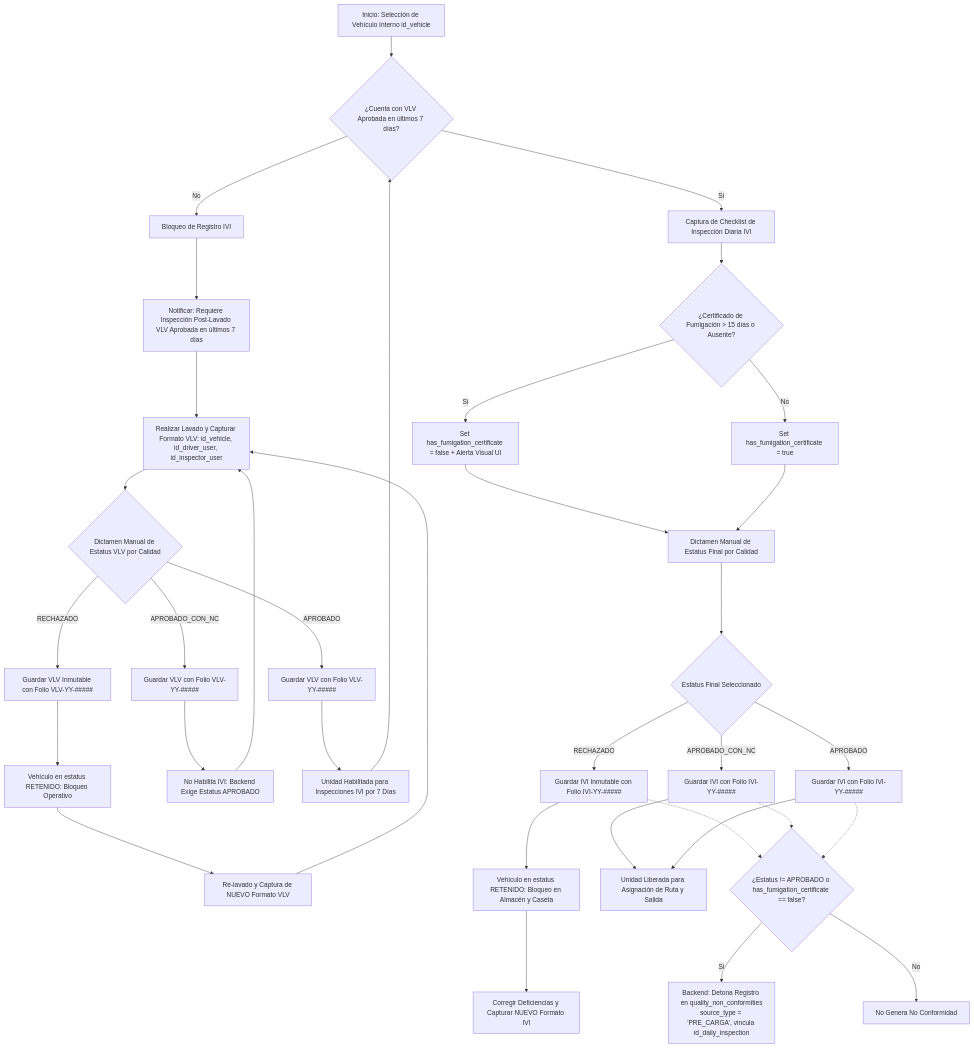
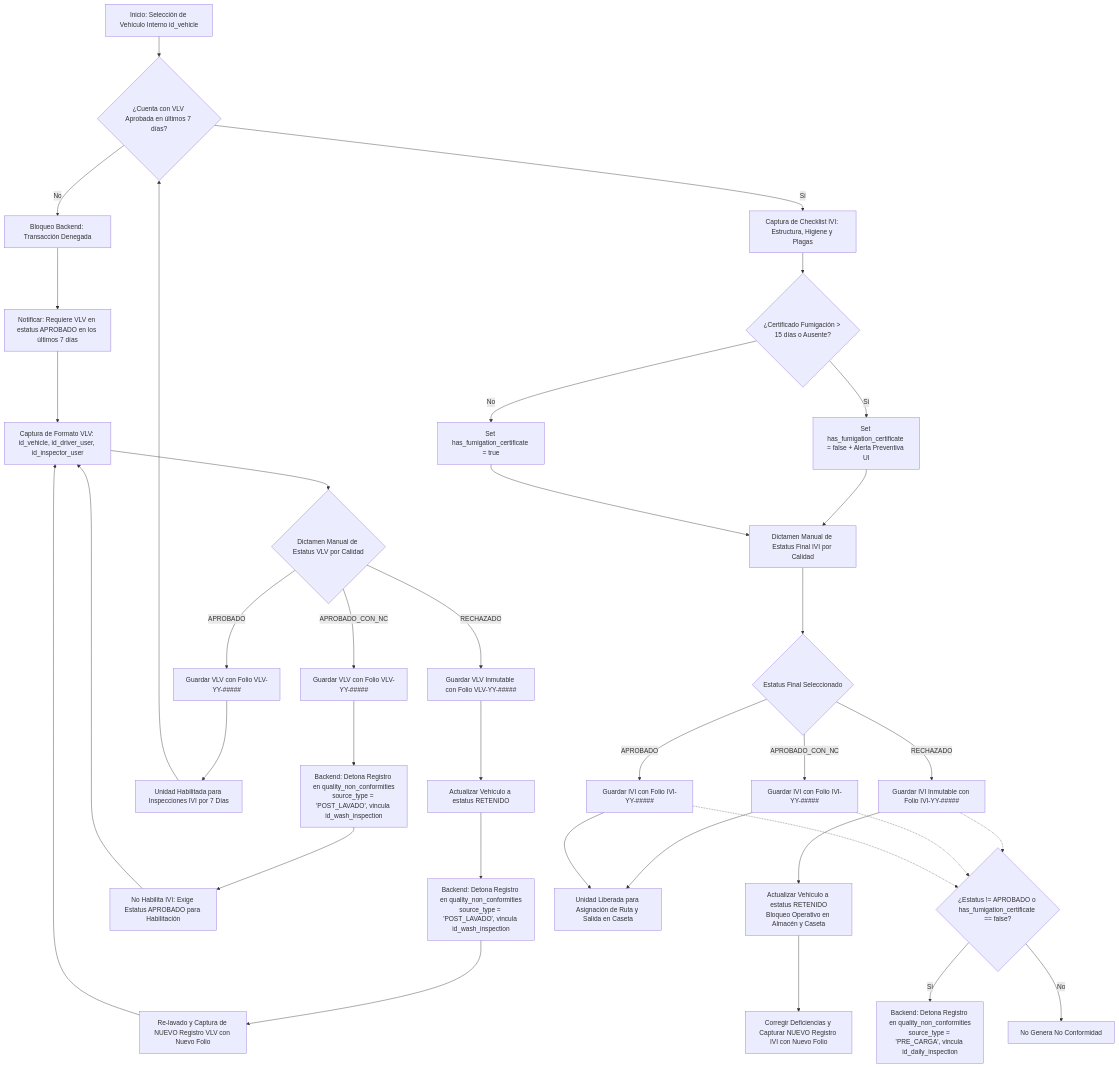
Before and after one commit to Automatizacion-KPC/KoonolApp: the first of 2 diagrams in docs/modules/vehicle_inspection.md, drawn with Mermaid. The commit also changed other lines of this file, not shown here.

Commit message:
docs(vhi/docs): corregir BR-VHI-01, BR-VHI-02, US-VHI-01, US-VHI-02 y diagramas de flujo para estar más acorde con módulo qnc [chore]

````diff
--- a/docs/modules/vehicle_inspection.md
+++ b/docs/modules/vehicle_inspection.md
@@ -108,51 +110,53 @@
 ```mermaid
 graph TD
     A[Inicio: Selección de Vehículo Interno id_vehicle] --> B{¿Cuenta con VLV Aprobada en últimos 7 días?}
 
-    B -- No --> C[Bloqueo de Registro IVI]
-    C --> D[Notificar: Requiere Inspección Post-Lavado VLV Aprobada en últimos 7 días]
-    D --> E[Realizar Lavado y Capturar Formato VLV: id_vehicle, id_driver_user, id_inspector_user]
+    B -- No --> C[Bloqueo Backend: Transacción Denegada]
+    C --> D[Notificar: Requiere VLV en estatus APROBADO en los últimos 7 días]
+    D --> E[Captura de Formato VLV: id_vehicle, id_driver_user, id_inspector_user]
     E --> F{Dictamen Manual de Estatus VLV por Calidad}
 
     F -- RECHAZADO --> G1[Guardar VLV Inmutable con Folio VLV-YY-#####]
-    G1 --> H1[Vehículo en estatus RETENIDO: Bloqueo Operativo]
-    H1 --> I1[Re-lavado y Captura de NUEVO Formato VLV]
+    G1 --> H1[Actualizar Vehículo a estatus RETENIDO]
+    H1 --> NC_VLV[Backend: Detona Registro en quality_non_conformities<br/>source_type = 'POST_LAVADO', vincula id_wash_inspection]
+    NC_VLV --> I1[Re-lavado y Captura de NUEVO Registro VLV con Nuevo Folio]
     I1 --> E
 
     F -- APROBADO_CON_NC --> G2[Guardar VLV con Folio VLV-YY-#####]
-    G2 --> H2[No Habilita IVI: Backend Exige Estatus APROBADO]
+    G2 --> NC_VLV2[Backend: Detona Registro en quality_non_conformities<br/>source_type = 'POST_LAVADO', vincula id_wash_inspection]
+    NC_VLV2 --> H2[No Habilita IVI: Exige Estatus APROBADO para Habilitación]
     H2 --> E
 
     F -- APROBADO --> G3[Guardar VLV con Folio VLV-YY-#####]
     G3 --> H3[Unidad Habilitada para Inspecciones IVI por 7 Días]
     H3 --> B
 
-    B -- Sí --> J[Captura de Checklist de Inspección Diaria IVI]
-    J --> K{¿Certificado de Fumigación > 15 días o Ausente?}
+    B -- Sí --> J[Captura de Checklist IVI: Estructura, Higiene y Plagas]
+    J --> K{¿Certificado Fumigación > 15 días o Ausente?}
 
-    K -- Sí --> L[Set has_fumigation_certificate = false + Alerta Visual UI]
+    K -- Sí --> L[Set has_fumigation_certificate = false + Alerta Preventiva UI]
     K -- No --> M[Set has_fumigation_certificate = true]
 
-    L --> N[Dictamen Manual de Estatus Final por Calidad]
+    L --> N[Dictamen Manual de Estatus Final IVI por Calidad]
     M --> N
 
     N --> O{Estatus Final Seleccionado}
 
     O -- RECHAZADO --> P1[Guardar IVI Inmutable con Folio IVI-YY-#####]
-    P1 --> Q1[Vehículo en estatus RETENIDO: Bloqueo en Almacén y Caseta]
-    Q1 --> R1[Corregir Deficiencias y Capturar NUEVO Formato IVI]
+    P1 --> Q1[Actualizar Vehículo a estatus RETENIDO<br/>Bloqueo Operativo en Almacén y Caseta]
+    Q1 --> R1[Corregir Deficiencias y Capturar NUEVO Registro IVI con Nuevo Folio]
 
     O -- APROBADO_CON_NC --> P2[Guardar IVI con Folio IVI-YY-#####]
-    P2 --> Q2[Unidad Liberada para Asignación de Ruta y Salida]
+    P2 --> Q2[Unidad Liberada para Asignación de Ruta y Salida en Caseta]
 
     O -- APROBADO --> P3[Guardar IVI con Folio IVI-YY-#####]
     P3 --> Q2
 
-    NC_CHECK{¿Estatus != APROBADO o has_fumigation_certificate == false?}
-    P1 -.-> NC_CHECK
-    P2 -.-> NC_CHECK
-    P3 -.-> NC_CHECK
+    NC_CHECK_IVI{¿Estatus != APROBADO o has_fumigation_certificate == false?}
+    P1 -.-> NC_CHECK_IVI
+    P2 -.-> NC_CHECK_IVI
+    P3 -.-> NC_CHECK_IVI
 
-    NC_CHECK -- Sí --> NC_GEN[Backend: Detona Registro en quality_non_conformities\nsource_type = 'PRE_CARGA', vincula id_daily_inspection]
-    NC_CHECK -- No --> NC_END[No Genera No Conformidad]
+    NC_CHECK_IVI -- Sí --> NC_GEN_IVI[Backend: Detona Registro en quality_non_conformities<br/>source_type = 'PRE_CARGA', vincula id_daily_inspection]
+    NC_CHECK_IVI -- No --> NC_END_IVI[No Genera No Conformidad]
 ```
````
